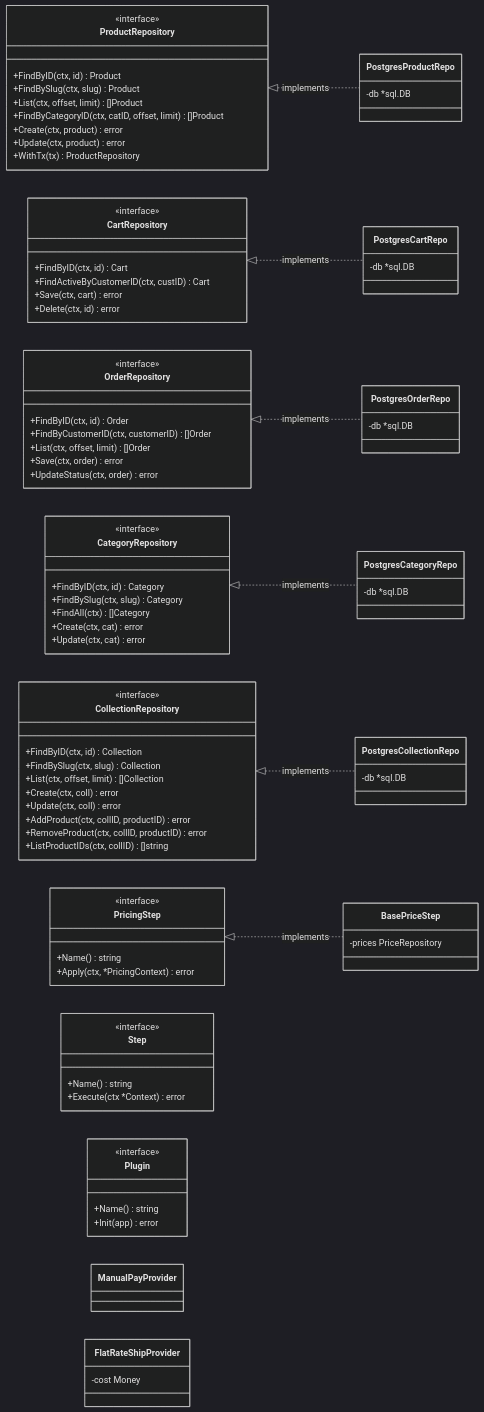
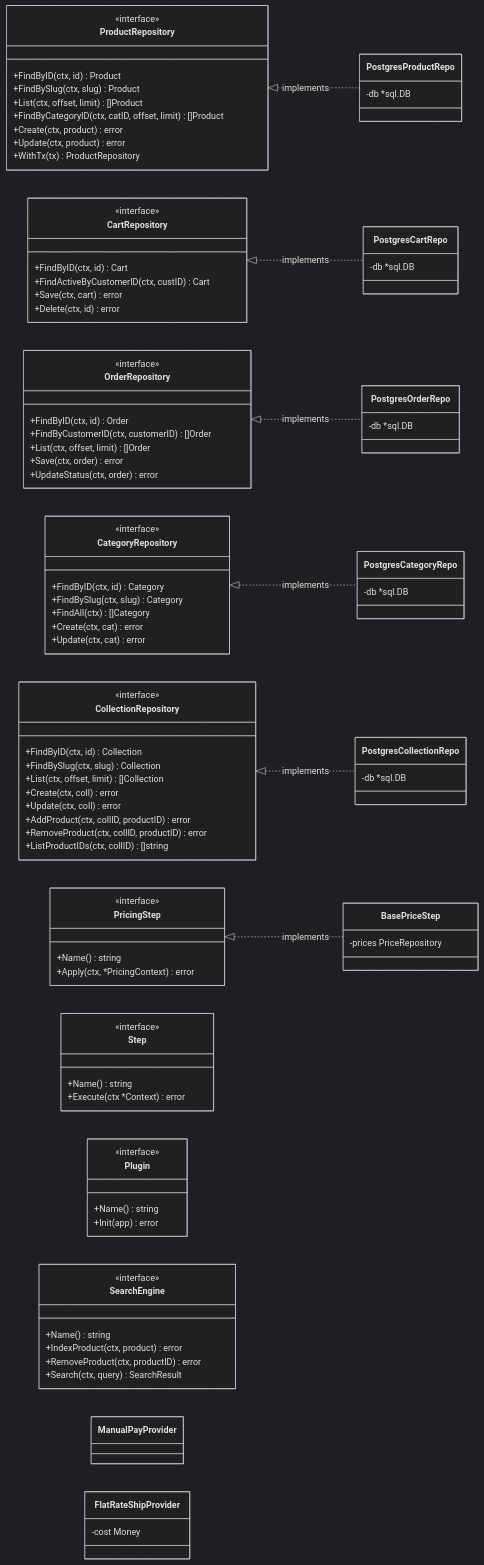
One commit to akarso/shopanda changed the second of 2 diagrams in docs/diagrams/c4-code.md. Above: the diagram before and after it, drawn with Mermaid (dark theme). The commit also changed other lines of this file and 3 other files, not shown here.

Commit message:
PR-053 — Search Engine Interface

```diff
--- a/docs/diagrams/c4-code.md
+++ b/docs/diagrams/c4-code.md
@@ -225,6 +256,14 @@
         +Init(app) error
     }
 
+    class SearchEngine {
+        <<interface>>
+        +Name() string
+        +IndexProduct(ctx, product) error
+        +RemoveProduct(ctx, productID) error
+        +Search(ctx, query) SearchResult
+    }
+
     class PostgresProductRepo {
         -db *sql.DB
     }
```
